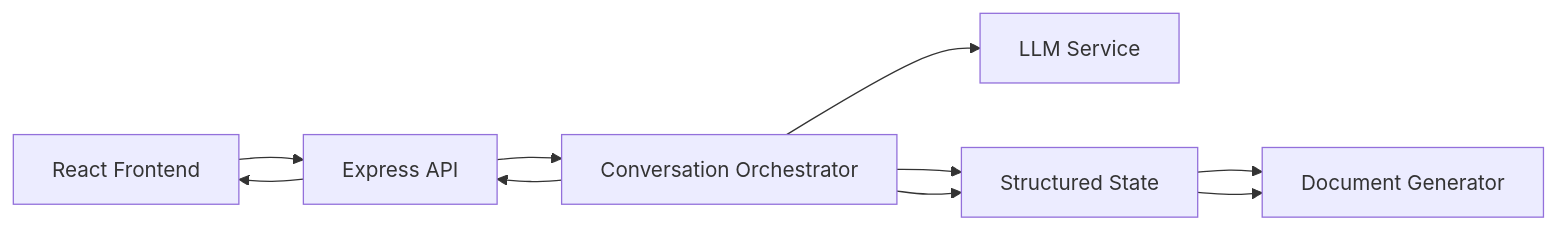
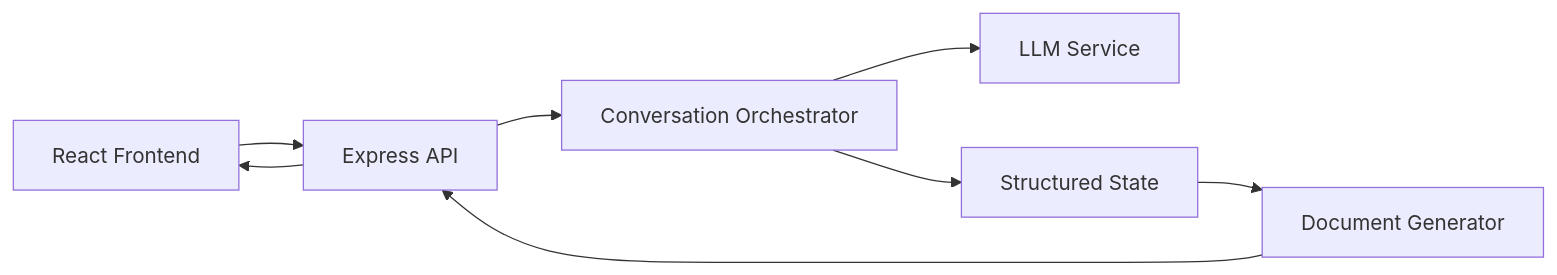
The diagram in README.md (tanishkbhadane11/document-intake), drawn with Mermaid before and after one commit.

Commit message:
docs: polish mermaid architecture diagram

````diff
--- a/README.md
+++ b/README.md
@@ -30,12 +30,10 @@
 ```mermaid
 flowchart LR
-    A[React Frontend] --> B[Express API]
-    B --> C[Conversation Orchestrator]
-    C --> D[LLM Service]
-    C --> E[Structured State]
-    E --> F[Document Generator]
-    C --> E
-    E --> F
-    C --> B
-    B --> A
+    UI[React Frontend] --> API[Express API]
+    API --> ORCH[Conversation Orchestrator]
+    ORCH --> LLM[LLM Service]
+    ORCH --> STATE[Structured State]
+    STATE --> DOC[Document Generator]
+    DOC --> API
+    API --> UI
 ```
````
